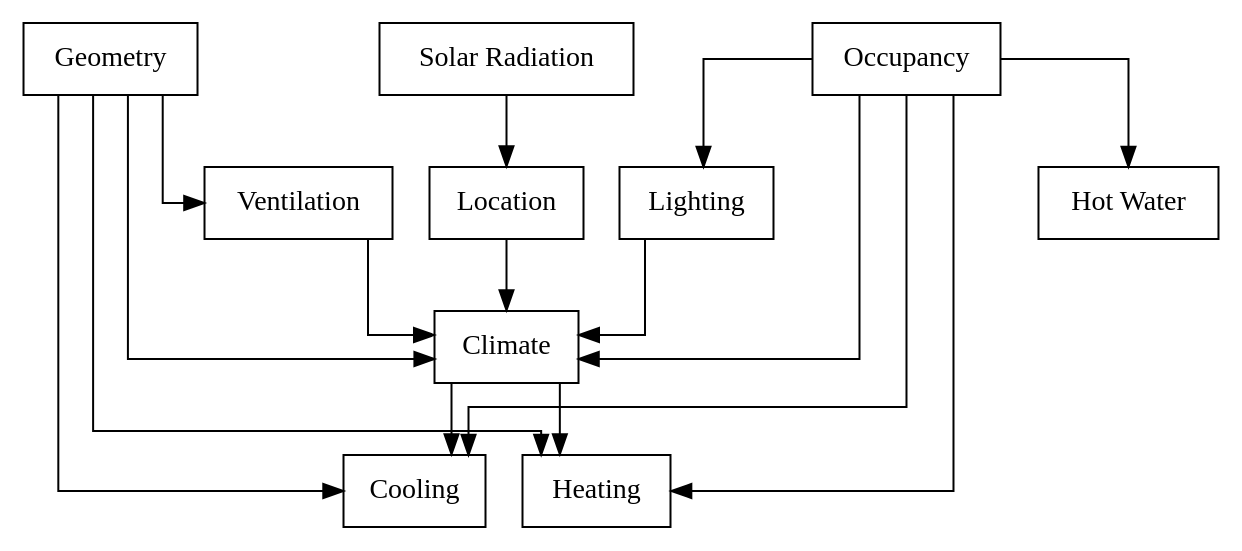
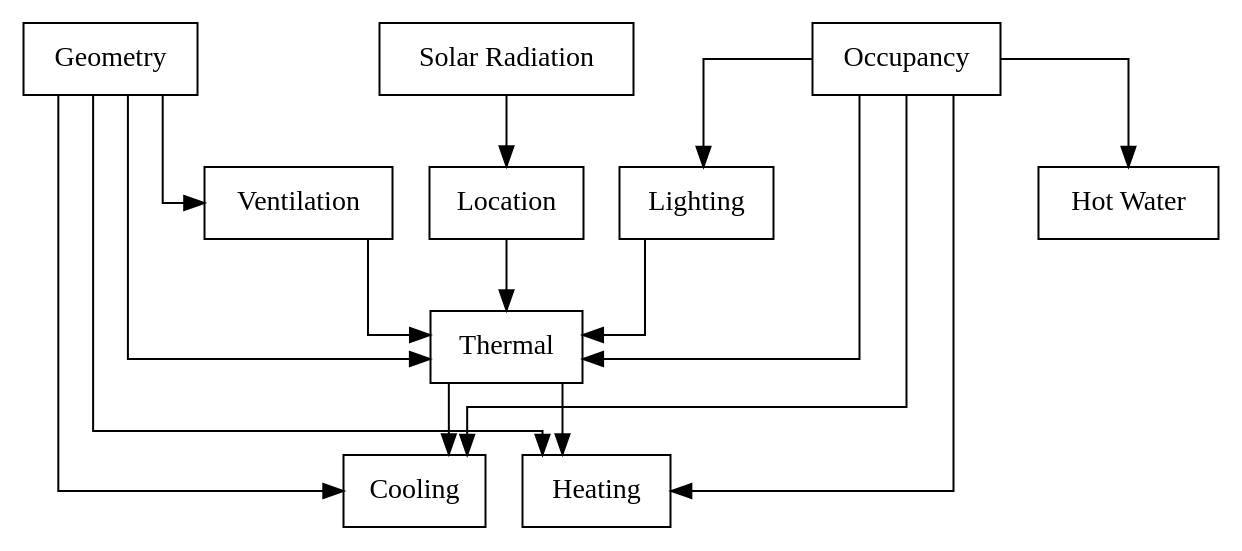
Before and after one commit to OxfordRSE/OpenBES-py: the diagram in simulation_dag_full.dot, drawn with Graphviz. The commit also changed 52 other files, not shown here.

```diff
--- a/simulation_dag_full.dot
+++ b/simulation_dag_full.dot
@@ -1,35 +1,35 @@
 digraph BuildingSimulationDAG {
     rankdir = TB;
     splines = ortho;
     node [shape = box];
 
     Geometry;
     Occupancy;
     Lighting;
     "Solar Radiation";
     Ventilation;
-    Climate;
+    Thermal;
     Cooling;
     Heating;
     "Hot Water";
     Location;
 
     "Solar Radiation" -> Location;
-    Location -> Climate;
+    Location -> Thermal;
     Occupancy -> Lighting;
-    Lighting -> Climate;
-    Ventilation -> Climate;
+    Lighting -> Thermal;
+    Ventilation -> Thermal;
     Geometry -> Ventilation;
-    Geometry -> Climate;
-    Occupancy -> Climate;
+    Geometry -> Thermal;
+    Occupancy -> Thermal;
 
     Geometry -> Cooling;
     Occupancy -> Cooling;
-    Climate -> Cooling;
+    Thermal -> Cooling;
 
     Geometry -> Heating;
     Occupancy -> Heating;
-    Climate -> Heating;
+    Thermal -> Heating;
 
     Occupancy -> "Hot Water";
 }
```
